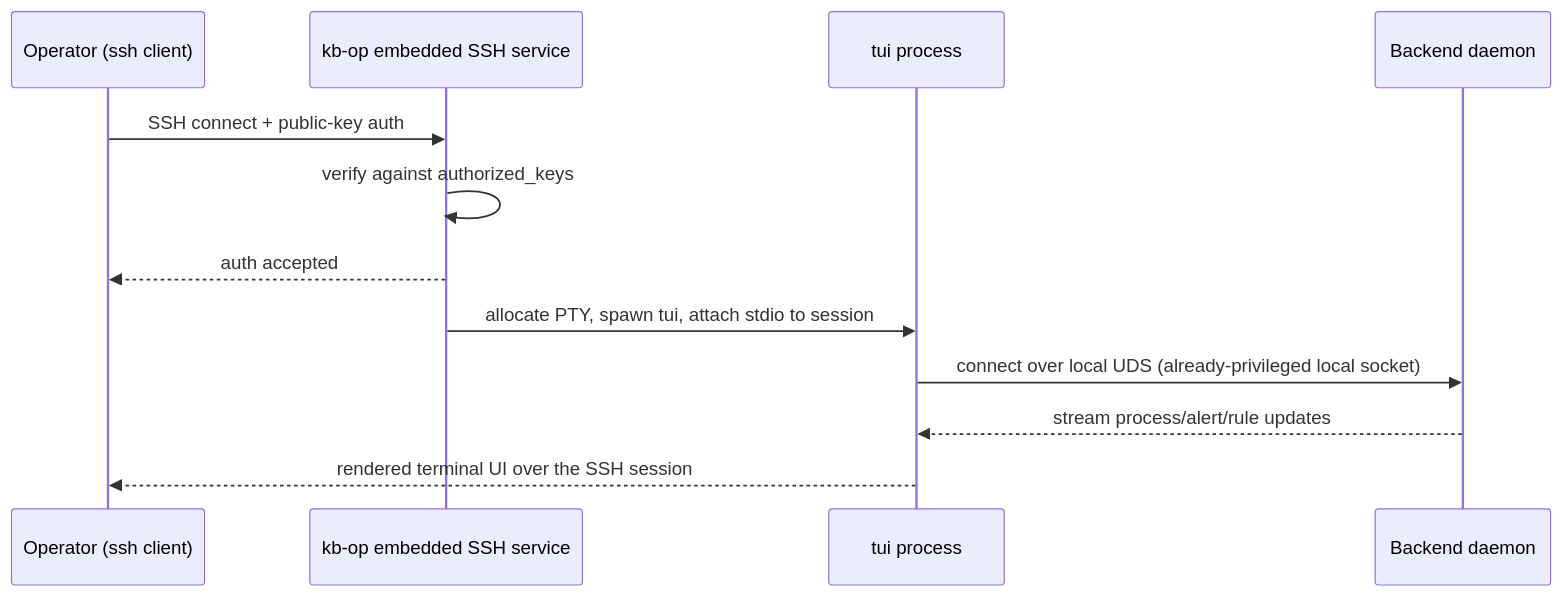
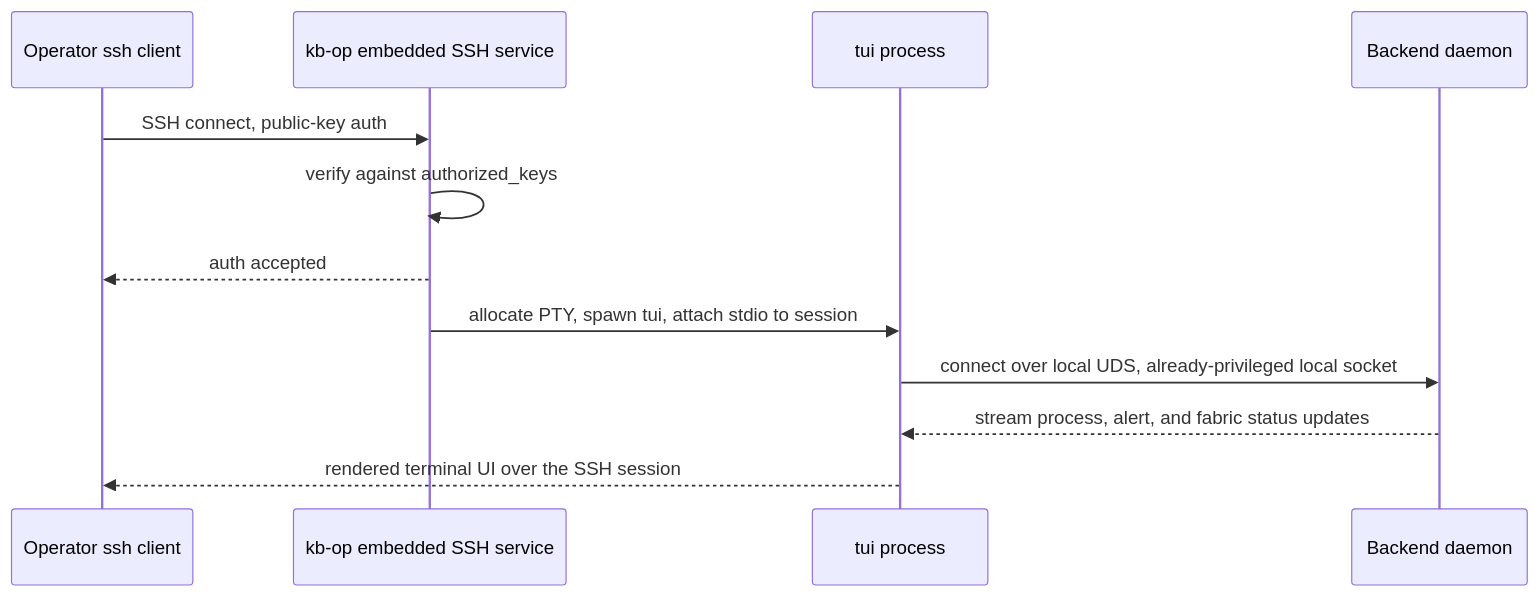
Before and after one commit to pardhuvarmax/kernel-borderlands: the fifth of 9 diagrams in docs/emergency-backup/kb-op.md, drawn with Mermaid. The commit also changed other lines of this file, not shown here.

````diff
--- a/docs/emergency-backup/kb-op.md
+++ b/docs/emergency-backup/kb-op.md
@@ -538,15 +830,15 @@
 ```mermaid
 sequenceDiagram
-    participant Op as Operator (ssh client)
+    participant Op as Operator ssh client
     participant SSHD as kb-op embedded SSH service
     participant TUI as tui process
     participant BD as Backend daemon
 
-    Op->>SSHD: SSH connect + public-key auth
+    Op->>SSHD: SSH connect, public-key auth
     SSHD->>SSHD: verify against authorized_keys
     SSHD-->>Op: auth accepted
     SSHD->>TUI: allocate PTY, spawn tui, attach stdio to session
-    TUI->>BD: connect over local UDS (already-privileged local socket)
-    BD-->>TUI: stream process/alert/rule updates
+    TUI->>BD: connect over local UDS, already-privileged local socket
+    BD-->>TUI: stream process, alert, and fabric status updates
     TUI-->>Op: rendered terminal UI over the SSH session
 ```
````
